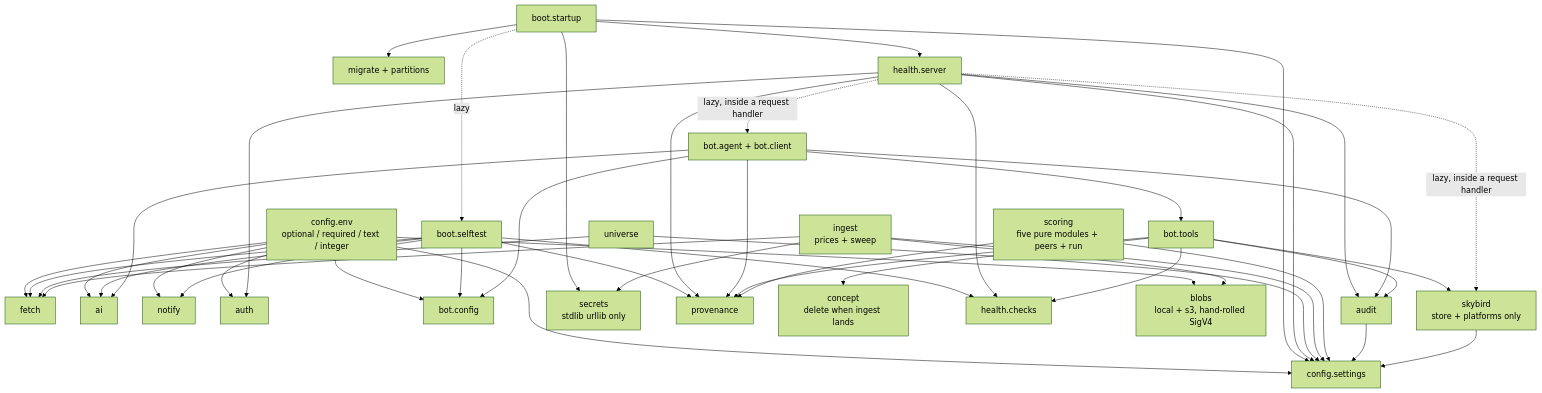
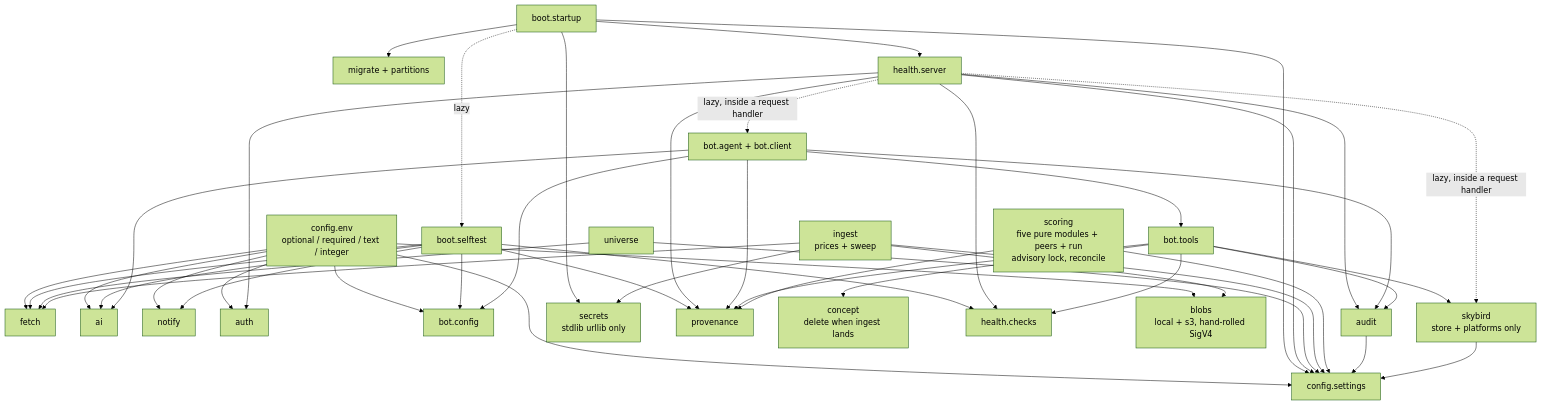
One commit to D1K03/stock-aggregator changed the third of 14 diagrams in docs/architecture.md. Above: the diagram before and after it, drawn with Mermaid (forest theme). The commit also changed 11 other files, not shown here.

```diff
--- a/docs/architecture.md
+++ b/docs/architecture.md
@@ -231,7 +231,7 @@
     universe["universe"]
     blobs["blobs<br/>local + s3, hand-rolled SigV4"]
     ingest["ingest<br/>prices + sweep"]
-    scoring["scoring<br/>five pure modules + peers + run"]
+    scoring["scoring<br/>five pure modules + peers + run<br/>advisory lock, reconcile"]
     skybird["skybird<br/>store + platforms only"]
 
     boot --> settings
```
